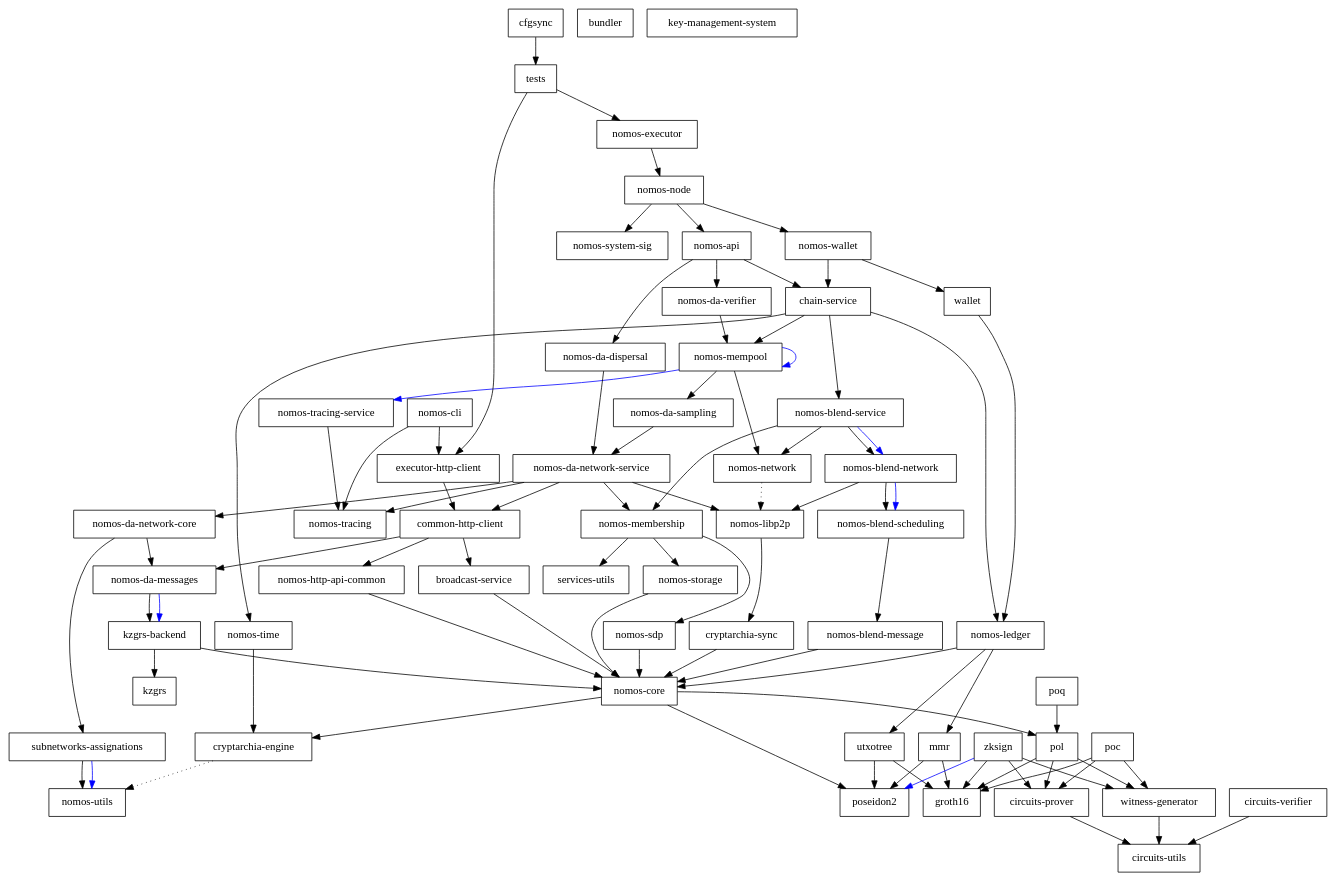
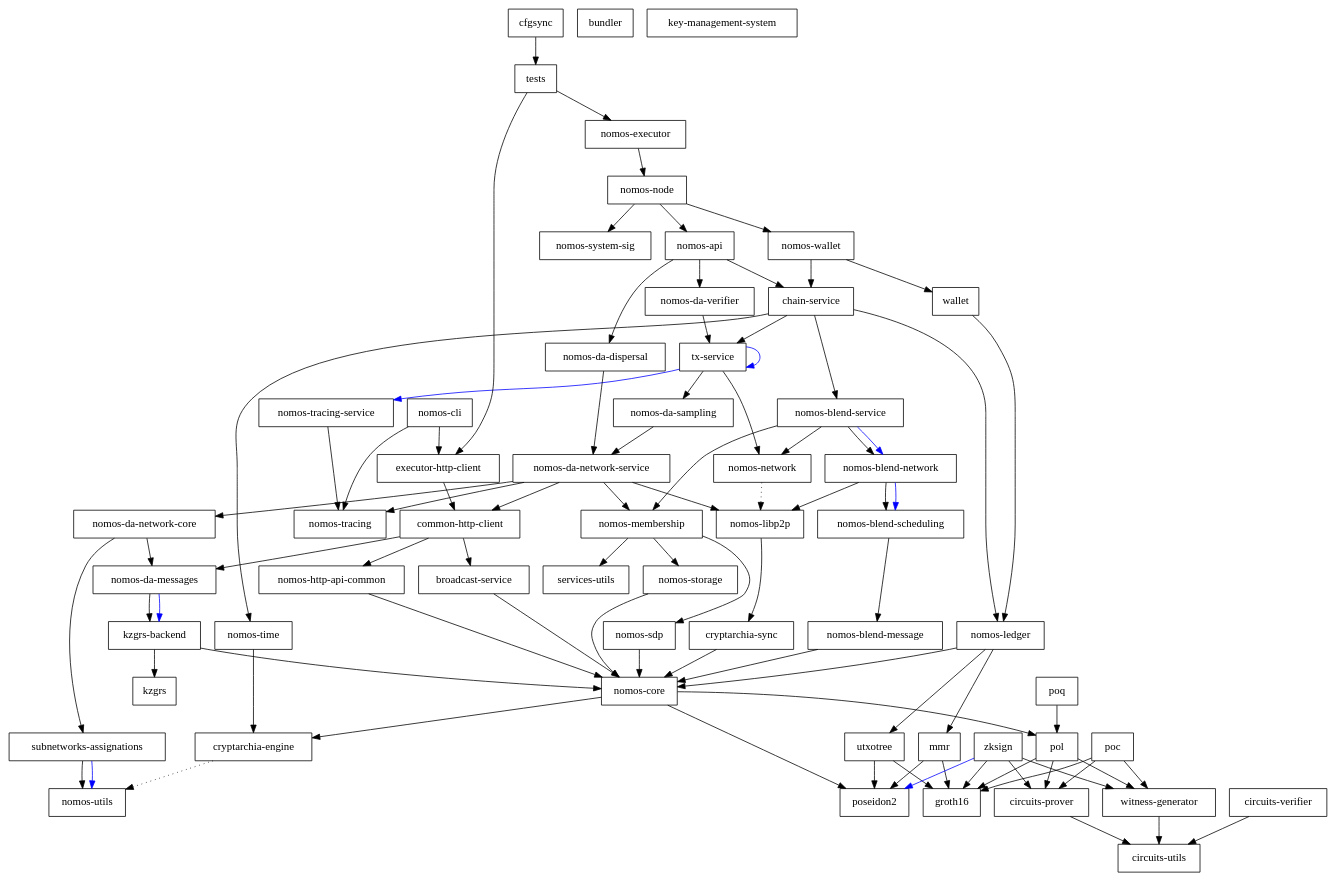
The diagram in dependencies_graph.dot (Astro521/logos-blockchain), drawn with Graphviz before and after one commit. The commit also changed 43 other files, not shown here.

Commit message:
feat(mempool): rename service

```diff
--- a/dependencies_graph.dot
+++ b/dependencies_graph.dot
@@ -1,147 +1,147 @@
 digraph {
     0 [ label = "cryptarchia-engine" shape = box]
     1 [ label = "nomos-utils" shape = box]
     2 [ label = "cryptarchia-sync" shape = box]
     3 [ label = "nomos-core" shape = box]
     4 [ label = "groth16" shape = box]
     5 [ label = "pol" shape = box]
     6 [ label = "circuits-prover" shape = box]
     7 [ label = "circuits-utils" shape = box]
     8 [ label = "witness-generator" shape = box]
     9 [ label = "poseidon2" shape = box]
     10 [ label = "nomos-ledger" shape = box]
     11 [ label = "mmr" shape = box]
     12 [ label = "utxotree" shape = box]
     13 [ label = "nomos-http-api-common" shape = box]
     14 [ label = "nomos-executor" shape = box]
     15 [ label = "broadcast-service" shape = box]
     16 [ label = "kzgrs-backend" shape = box]
     17 [ label = "kzgrs" shape = box]
     18 [ label = "nomos-api" shape = box]
     19 [ label = "chain-service" shape = box]
     20 [ label = "nomos-blend-service" shape = box]
     21 [ label = "nomos-blend-message" shape = box]
     22 [ label = "nomos-blend-network" shape = box]
     23 [ label = "nomos-blend-scheduling" shape = box]
     24 [ label = "nomos-libp2p" shape = box]
     25 [ label = "nomos-membership" shape = box]
     26 [ label = "nomos-sdp" shape = box]
     27 [ label = "nomos-storage" shape = box]
     28 [ label = "services-utils" shape = box]
     29 [ label = "nomos-network" shape = box]
     30 [ label = "nomos-da-sampling" shape = box]
     31 [ label = "nomos-da-network-core" shape = box]
     32 [ label = "nomos-da-messages" shape = box]
     33 [ label = "subnetworks-assignations" shape = box]
     34 [ label = "nomos-da-network-service" shape = box]
     35 [ label = "common-http-client" shape = box]
     36 [ label = "nomos-tracing" shape = box]
-    37 [ label = "nomos-mempool" shape = box]
+    37 [ label = "tx-service" shape = box]
     38 [ label = "nomos-tracing-service" shape = box]
     39 [ label = "nomos-time" shape = box]
     40 [ label = "nomos-da-dispersal" shape = box]
     41 [ label = "nomos-da-verifier" shape = box]
     42 [ label = "nomos-node" shape = box]
     43 [ label = "nomos-system-sig" shape = box]
     44 [ label = "nomos-wallet" shape = box]
     45 [ label = "wallet" shape = box]
     46 [ label = "executor-http-client" shape = box]
     47 [ label = "bundler" shape = box]
     48 [ label = "nomos-cli" shape = box]
     49 [ label = "key-management-system" shape = box]
     50 [ label = "cfgsync" shape = box]
     51 [ label = "tests" shape = box]
     52 [ label = "circuits-verifier" shape = box]
     53 [ label = "poc" shape = box]
     54 [ label = "poq" shape = box]
     55 [ label = "zksign" shape = box]
     0 -> 1 [ style = dotted]
     2 -> 3 [ ]
     3 -> 0 [ ]
     3 -> 5 [ ]
     3 -> 9 [ ]
     5 -> 6 [ ]
     5 -> 4 [ ]
     5 -> 8 [ ]
     6 -> 7 [ ]
     8 -> 7 [ ]
     10 -> 11 [ ]
     10 -> 3 [ ]
     10 -> 12 [ ]
     11 -> 4 [ ]
     11 -> 9 [ ]
     12 -> 4 [ ]
     12 -> 9 [ ]
     13 -> 3 [ ]
     14 -> 42 [ ]
     15 -> 3 [ ]
     16 -> 17 [ ]
     16 -> 3 [ ]
     18 -> 19 [ ]
     18 -> 40 [ ]
     18 -> 41 [ ]
     19 -> 20 [ ]
     19 -> 10 [ ]
     19 -> 37 [ ]
     19 -> 39 [ ]
     20 -> 22 [ ]
     20 -> 22 [ color = blue]
     20 -> 25 [ ]
     20 -> 29 [ ]
     21 -> 3 [ ]
     22 -> 23 [ ]
     22 -> 23 [ color = blue]
     22 -> 24 [ ]
     23 -> 21 [ ]
     24 -> 2 [ ]
     25 -> 26 [ ]
     25 -> 27 [ ]
     25 -> 28 [ ]
     26 -> 3 [ ]
     27 -> 3 [ ]
     29 -> 24 [ style = dotted]
     30 -> 34 [ ]
     31 -> 32 [ ]
     31 -> 33 [ ]
     32 -> 16 [ ]
     32 -> 16 [ color = blue]
     33 -> 1 [ ]
     33 -> 1 [ color = blue]
     34 -> 35 [ ]
     34 -> 31 [ ]
     34 -> 24 [ ]
     34 -> 25 [ ]
     34 -> 36 [ ]
     35 -> 15 [ ]
     35 -> 32 [ ]
     35 -> 13 [ ]
     37 -> 30 [ ]
     37 -> 37 [ color = blue]
     37 -> 29 [ ]
     37 -> 38 [ color = blue]
     38 -> 36 [ ]
     39 -> 0 [ ]
     40 -> 34 [ ]
     41 -> 37 [ ]
     42 -> 18 [ ]
     42 -> 43 [ ]
     42 -> 44 [ ]
     44 -> 19 [ ]
     44 -> 45 [ ]
     45 -> 10 [ ]
     46 -> 35 [ ]
     48 -> 46 [ ]
     48 -> 36 [ ]
     50 -> 51 [ ]
     51 -> 46 [ ]
     51 -> 14 [ ]
     52 -> 7 [ ]
     53 -> 6 [ ]
     53 -> 4 [ ]
     53 -> 8 [ ]
     54 -> 5 [ ]
     55 -> 6 [ ]
     55 -> 4 [ ]
     55 -> 9 [ color = blue]
     55 -> 8 [ ]
 }
```
